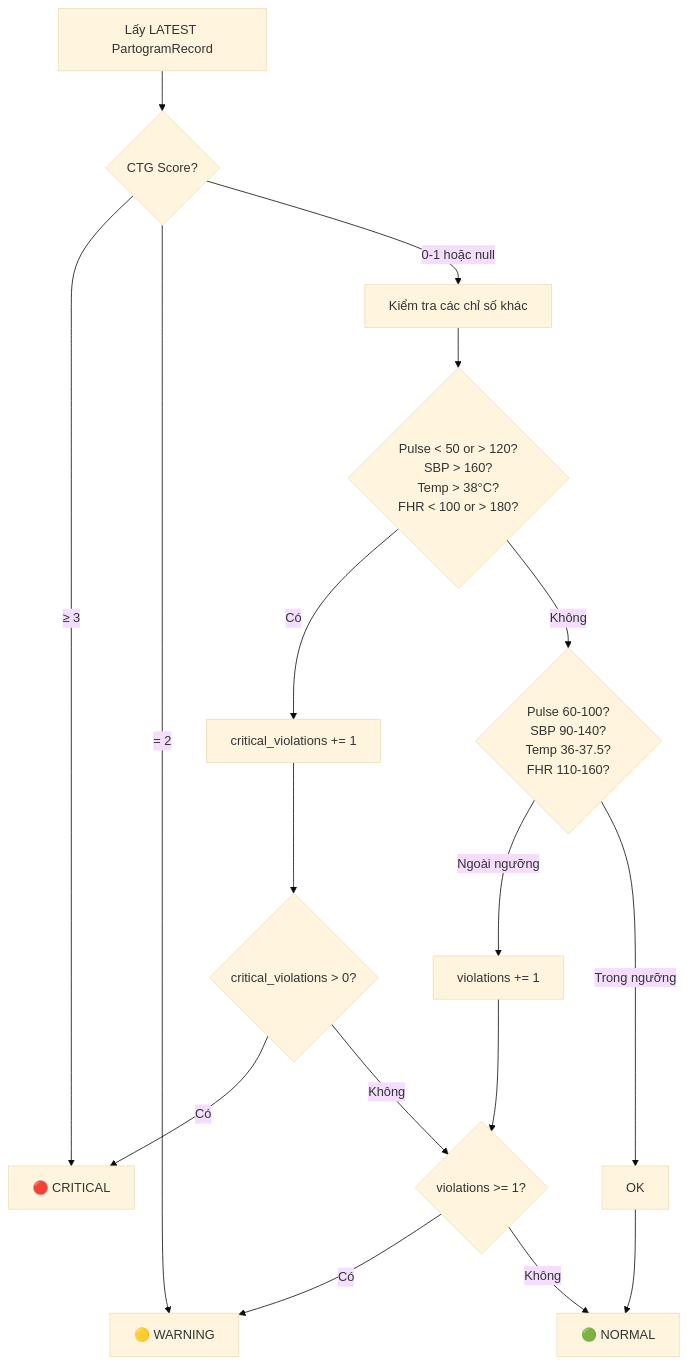
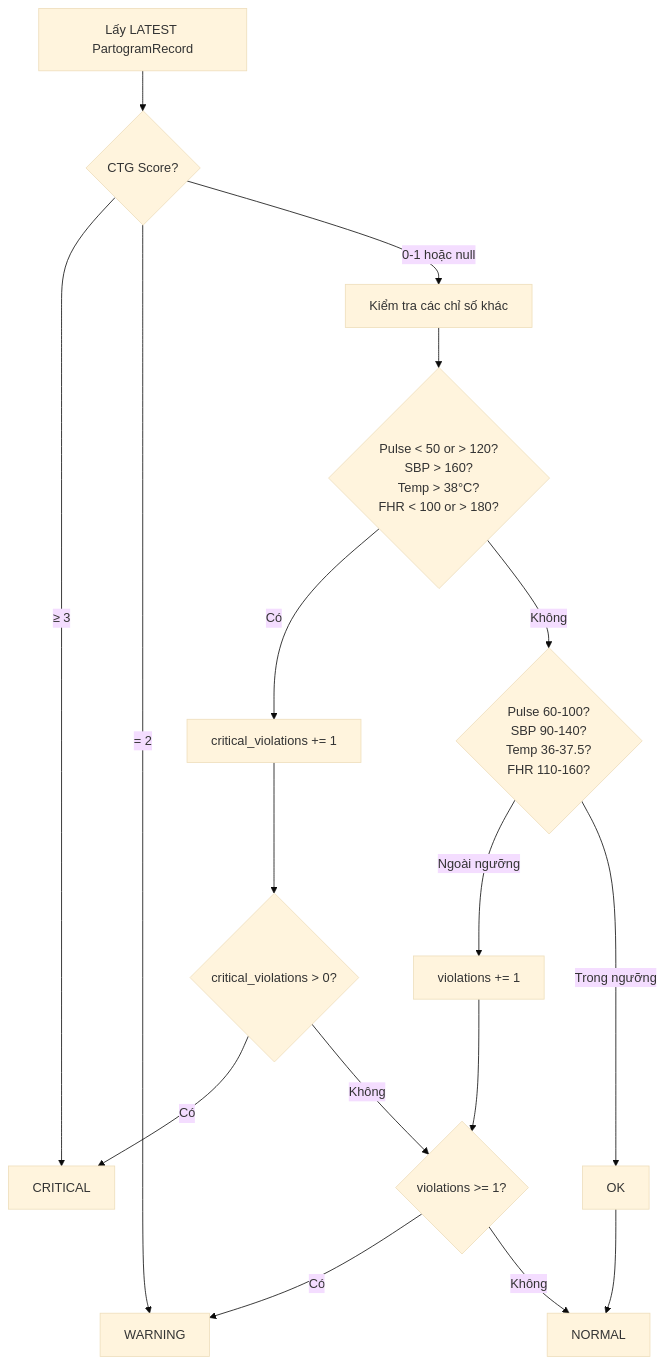
One commit to kaim-tqkhai711/HungVuong_hospital changed the fifth of 6 diagrams in docs/Backend_Architecture.md. Above: the diagram before and after it, drawn with Mermaid (base theme). The commit also changed other lines of this file and 4 other files, not shown here.

````diff
--- a/docs/Backend_Architecture.md
+++ b/docs/Backend_Architecture.md
@@ -211,21 +219,21 @@
 ```mermaid
 flowchart TD
     A["Lấy LATEST PartogramRecord"] --> B{"CTG Score?"}
-    B -->|"≥ 3"| C["🔴 CRITICAL"]
-    B -->|"= 2"| D["🟡 WARNING"]
+    B -->|"≥ 3"| C["CRITICAL"]
+    B -->|"= 2"| D["WARNING"]
     B -->|"0-1 hoặc null"| E["Kiểm tra các chỉ số khác"]
-    
+
     E --> F{"Pulse < 50 or > 120?<br>SBP > 160?<br>Temp > 38°C?<br>FHR < 100 or > 180?"}
     F -->|"Có"| G["critical_violations += 1"]
     F -->|"Không"| H{"Pulse 60-100?<br>SBP 90-140?<br>Temp 36-37.5?<br>FHR 110-160?"}
     H -->|"Ngoài ngưỡng"| I["violations += 1"]
     H -->|"Trong ngưỡng"| J["OK"]
-    
+
     G --> K{"critical_violations > 0?"}
     K -->|"Có"| C
     K -->|"Không"| L{"violations >= 1?"}
     I --> L
     L -->|"Có"| D
-    L -->|"Không"| M["🟢 NORMAL"]
+    L -->|"Không"| M["NORMAL"]
     J --> M
 ```
````
